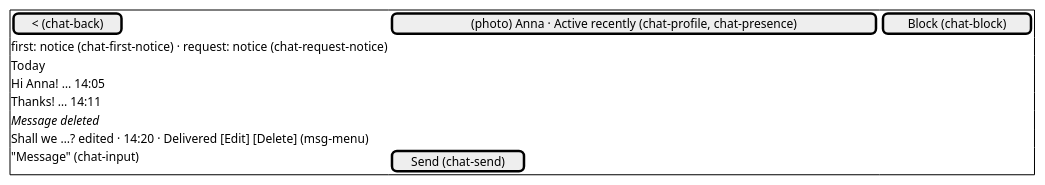
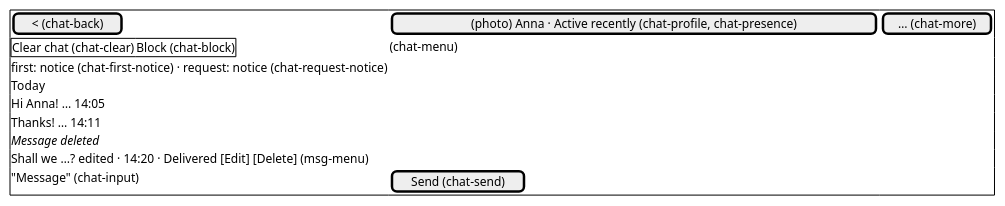
Before and after one commit to abbat/dyapp: diagram 12 of 15 in docs/design/desktop-screens.md, drawn with PlantUML. The commit also changed other lines of this file and 6 other files, not shown here.

First line of the commit message:
Add local Clear chat to the prototype and message contract

````diff
--- a/docs/design/desktop-screens.md
+++ b/docs/design/desktop-screens.md
@@ -238,14 +239,15 @@
 ```plantuml
 @startsalt
 {+
-[< (chat-back)] | [(photo) Anna · Active recently (chat-profile, chat-presence)] | [Block (chat-block)]
+[< (chat-back)] | [(photo) Anna · Active recently (chat-profile, chat-presence)] | [… (chat-more)]
+{+ Clear chat (chat-clear) | Block (chat-block) } (chat-menu)
 first: notice (chat-first-notice) · request: notice (chat-request-notice)
 Today
                        Hi Anna! … 14:05
 Thanks! … 14:11
 <i>Message deleted
                 Shall we …? edited · 14:20 · Delivered [Edit] [Delete] (msg-menu)
 "Message" (chat-input) | [Send (chat-send)]
 }
 @endsalt
 ```
````
